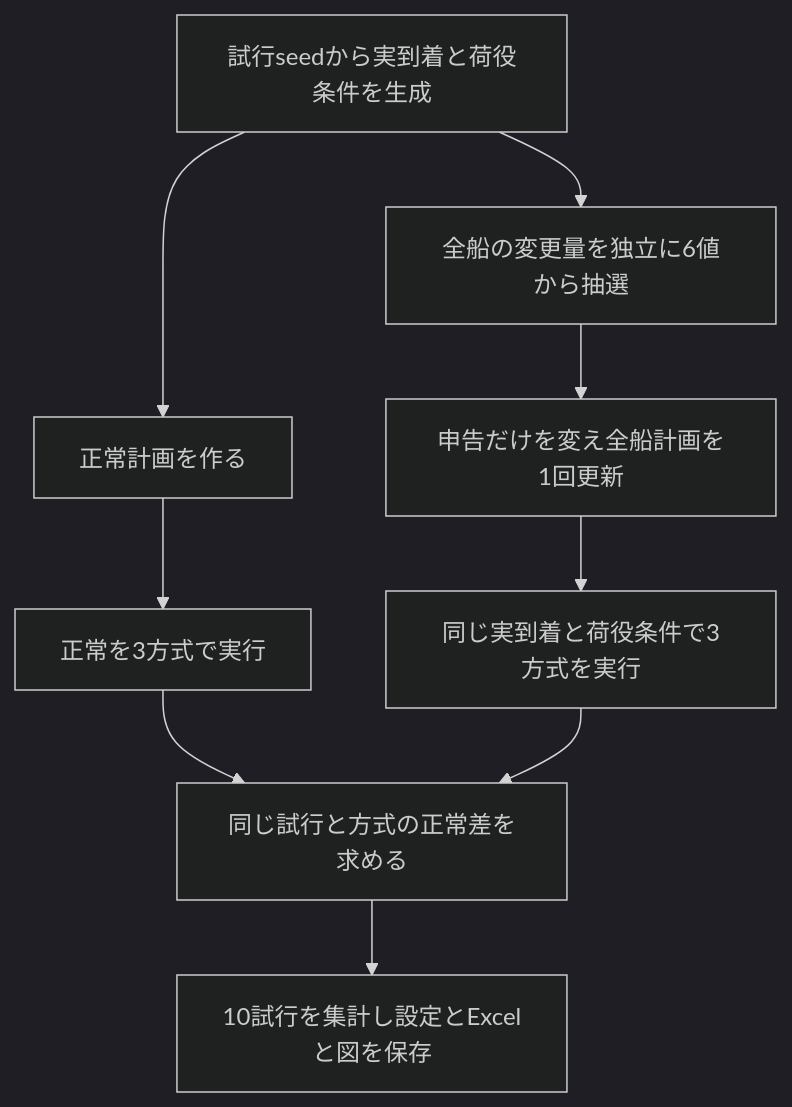
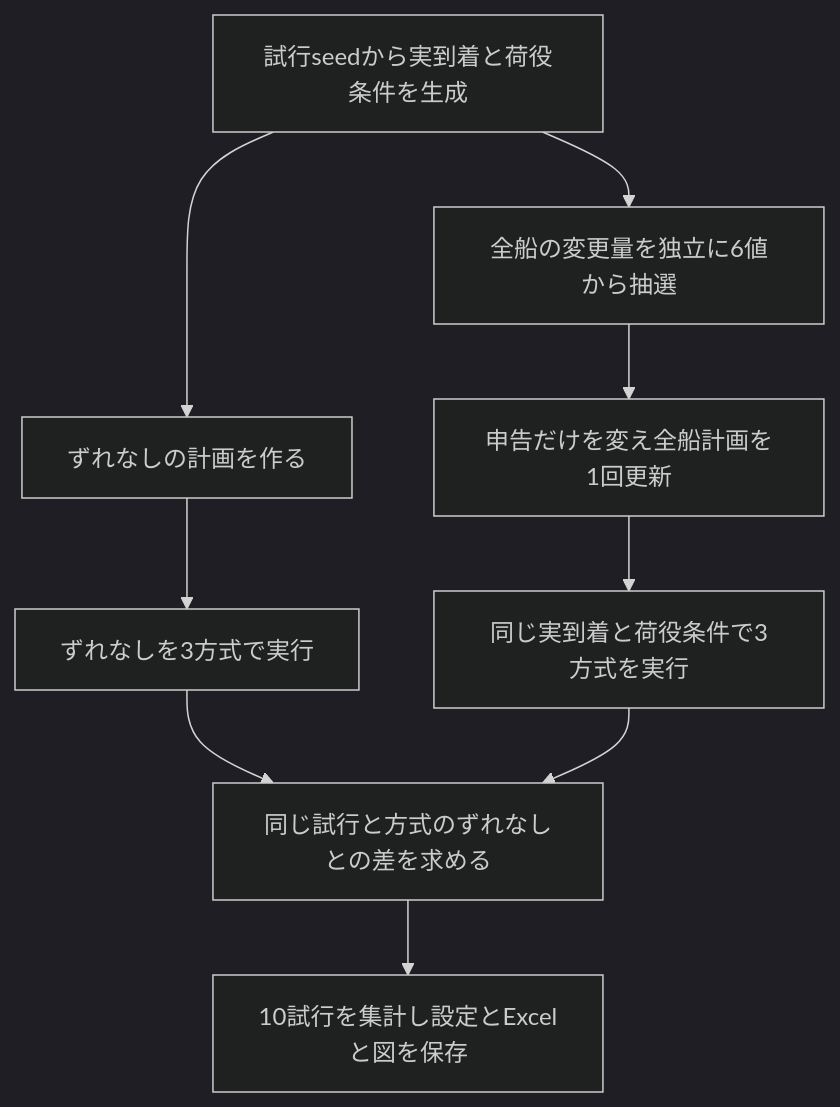
Before and after one commit to ryusukeke/thesis: the diagram in docs/実装説明.md, drawn with Mermaid (dark theme). The commit also changed other lines of this file and 19 other files, not shown here.

````diff
--- a/docs/実装説明.md
+++ b/docs/実装説明.md
@@ -9,11 +11,11 @@
 ```mermaid
 flowchart TD
-    A[試行seedから実到着と荷役条件を生成] --> B[正常計画を作る]
+    A[試行seedから実到着と荷役条件を生成] --> B[ずれなしの計画を作る]
     A --> C[全船の変更量を独立に6値から抽選]
     C --> D[申告だけを変え全船計画を1回更新]
-    B --> E[正常を3方式で実行]
+    B --> E[ずれなしを3方式で実行]
     D --> F[同じ実到着と荷役条件で3方式を実行]
-    E --> G[同じ試行と方式の正常差を求める]
+    E --> G[同じ試行と方式のずれなしとの差を求める]
     F --> G
     G --> H[10試行を集計し設定とExcelと図を保存]
 ```
````
